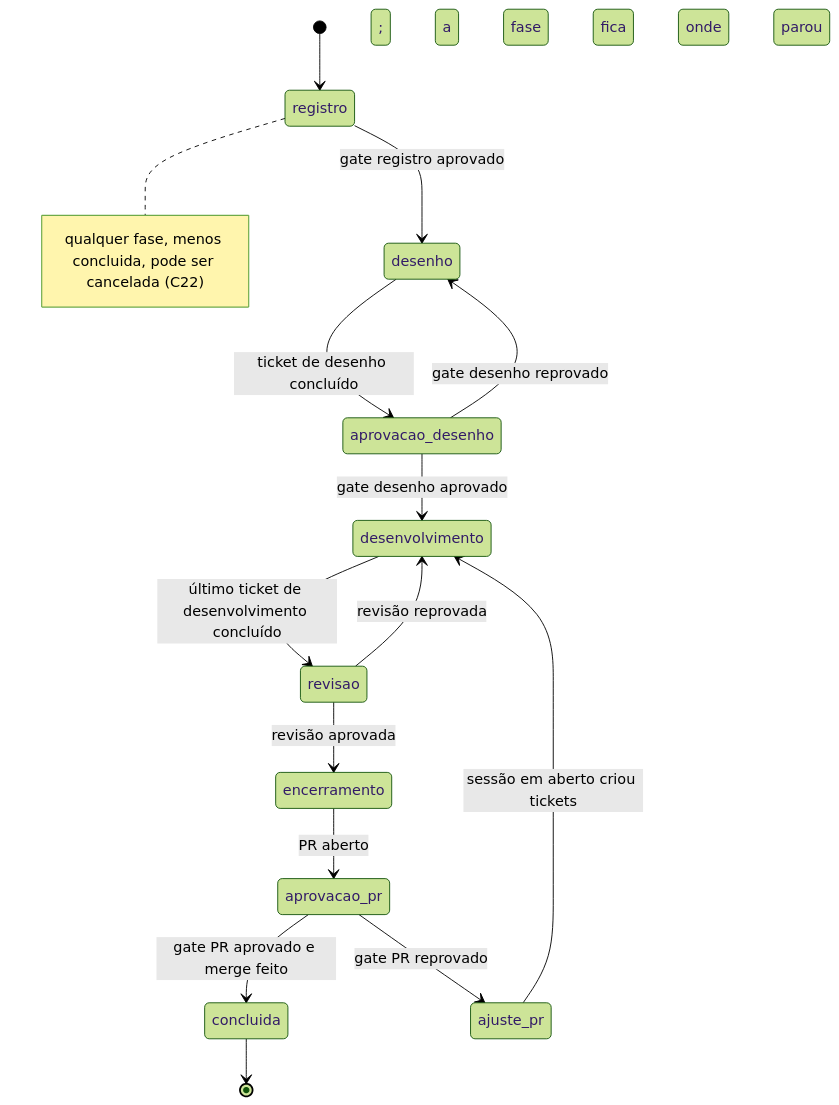
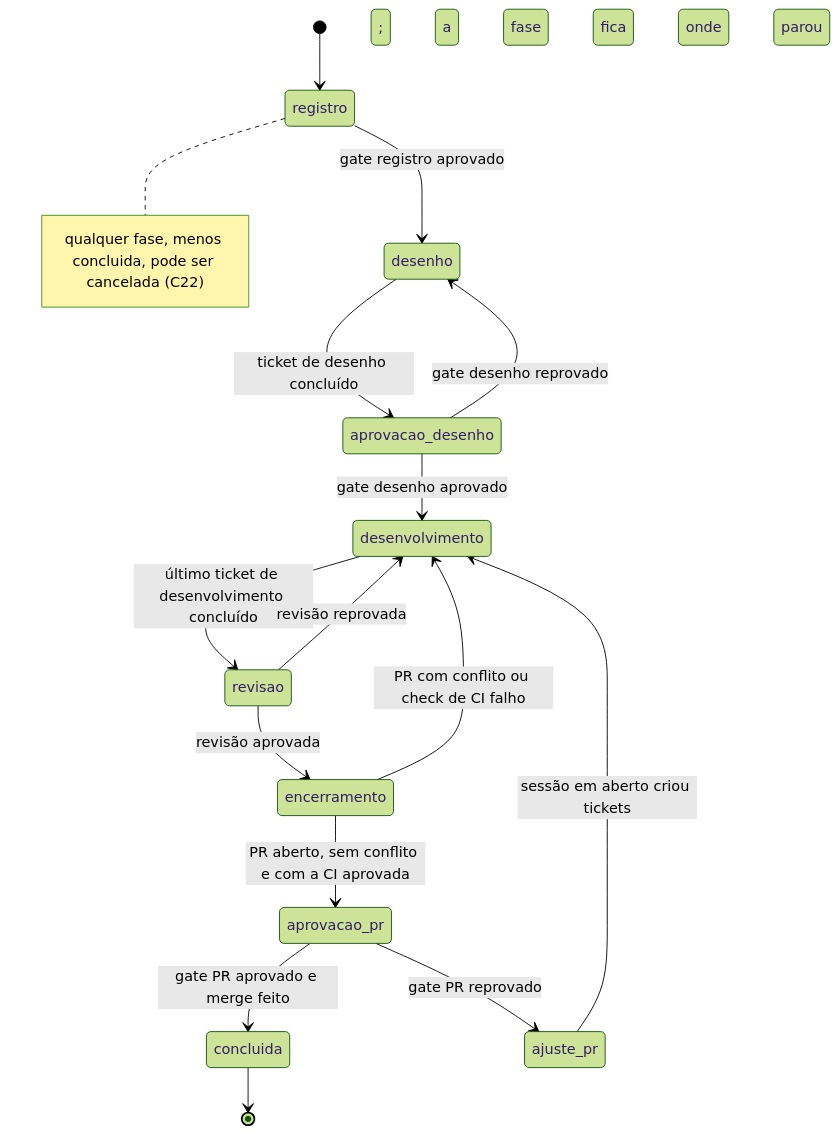
One commit to JimmyAreaFiscal/Fabriquinha changed the first of 2 diagrams in fabriquinha/01-dominio.md. Above: the diagram before and after it, drawn with Mermaid (forest theme). The commit also changed other lines of this file and 8 other files, not shown here.

First line of the commit message:
feat: Encerramento verifica o PR e devolve a issue ao desenvolvimento com conflito ou CI falha [I-14/T-106]

````diff
--- a/fabriquinha/01-dominio.md
+++ b/fabriquinha/01-dominio.md
@@ -260,17 +260,18 @@
 ```mermaid
 stateDiagram-v2
     [*] --> registro
     registro --> desenho: gate registro aprovado
     desenho --> aprovacao_desenho: ticket de desenho concluído
     aprovacao_desenho --> desenvolvimento: gate desenho aprovado
     aprovacao_desenho --> desenho: gate desenho reprovado
     desenvolvimento --> revisao: último ticket de desenvolvimento concluído
     revisao --> encerramento: revisão aprovada
     revisao --> desenvolvimento: revisão reprovada
-    encerramento --> aprovacao_pr: PR aberto
+    encerramento --> aprovacao_pr: PR aberto, sem conflito e com a CI aprovada
+    encerramento --> desenvolvimento: PR com conflito ou check de CI falho
     aprovacao_pr --> concluida: gate PR aprovado e merge feito
     aprovacao_pr --> ajuste_pr: gate PR reprovado
     ajuste_pr --> desenvolvimento: sessão em aberto criou tickets
     concluida --> [*]
     note right of registro: qualquer fase, menos concluida, pode ser cancelada (C22); a fase fica onde parou
 ```
````
